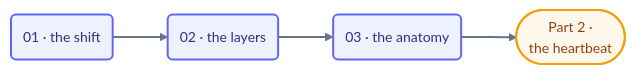
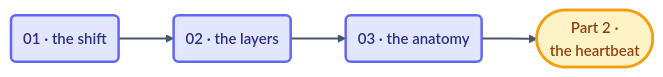
Before and after one commit to ayeshakhalid192007-dev/LoopEngineering-CrashCourse: the diagram in docs/03-part-1-the-shift/README.md, drawn with Mermaid. The commit also changed 66 other files, not shown here.

First line of the commit message:
docs(diagrams): visibly bolder pass — deeper fills, heavier strokes, semibold labels

````diff
--- a/docs/03-part-1-the-shift/README.md
+++ b/docs/03-part-1-the-shift/README.md
@@ -17,9 +17,9 @@
 ```mermaid
-%%{init: {'theme':'base','themeVariables':{'fontFamily':'ui-sans-serif, system-ui, sans-serif','fontSize':'14px','lineColor':'#64748b','edgeLabelBackground':'#f8fafc'},'flowchart':{'curve':'basis','nodeSpacing':45,'rankSpacing':55,'padding':12}}}%%
+%%{init: {'theme':'base','themeVariables':{'fontFamily':'ui-sans-serif, system-ui, sans-serif','fontSize':'15px','lineColor':'#475569','edgeLabelBackground':'#f8fafc'},'flowchart':{'curve':'basis','nodeSpacing':45,'rankSpacing':55,'padding':12}}}%%
 flowchart LR
     S1("01 · the shift"):::step --> S2("02 · the layers"):::step --> S3("03 · the anatomy"):::step
     S3 --> NEXT(["Part 2 ·<br/>the heartbeat"]):::next
-    linkStyle default stroke:#64748b,stroke-width:2px;
-    classDef step fill:#eef2ff,stroke:#6366f1,stroke-width:2px,color:#312e81;
-    classDef next fill:#fef9ec,stroke:#f59e0b,stroke-width:2px,color:#92400e;
+    linkStyle default stroke:#475569,stroke-width:2px;
+    classDef step fill:#e0e7ff,stroke:#6366f1,stroke-width:2.5px,color:#312e81,font-weight:600;
+    classDef next fill:#fef3c7,stroke:#f59e0b,stroke-width:2.5px,color:#92400e,font-weight:600;
 ```
````
